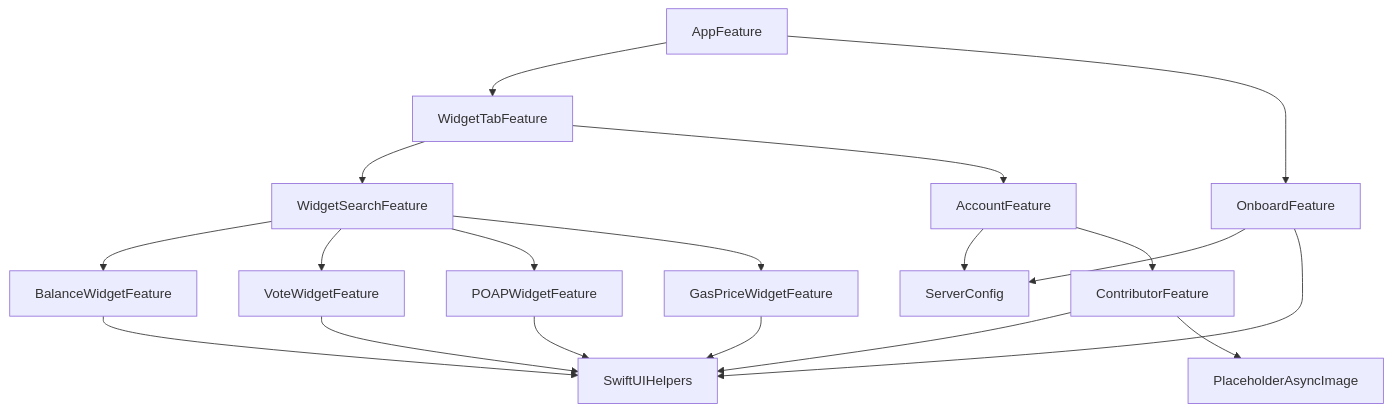
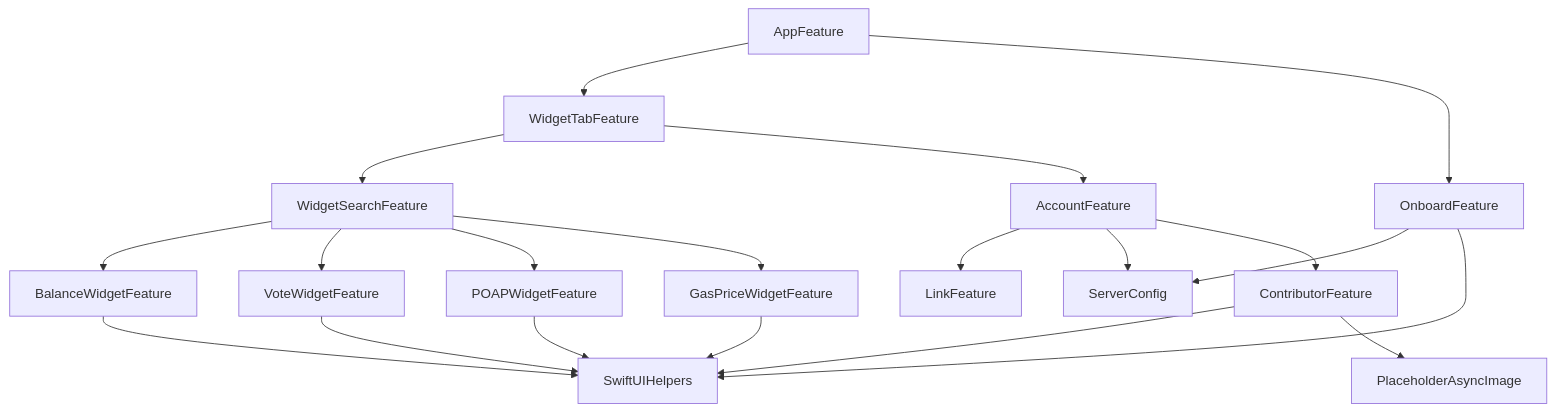
Before and after one commit to caaaption/caaaption: the diagram in Packages/FeaturePackage/README.md, drawn with Mermaid.

Commit message:
Run dgraph (#321)

````diff
--- a/Packages/FeaturePackage/README.md
+++ b/Packages/FeaturePackage/README.md
@@ -3,21 +3,22 @@
 ```mermaid
 graph TD;
     AppFeature-->WidgetTabFeature;
     AppFeature-->OnboardFeature;
     WidgetSearchFeature-->BalanceWidgetFeature;
     WidgetSearchFeature-->VoteWidgetFeature;
     WidgetSearchFeature-->POAPWidgetFeature;
     WidgetSearchFeature-->GasPriceWidgetFeature;
+    AccountFeature-->LinkFeature;
     AccountFeature-->ServerConfig;
     AccountFeature-->ContributorFeature;
     ContributorFeature-->SwiftUIHelpers;
     ContributorFeature-->PlaceholderAsyncImage;
     BalanceWidgetFeature-->SwiftUIHelpers;
     VoteWidgetFeature-->SwiftUIHelpers;
     OnboardFeature-->ServerConfig;
     OnboardFeature-->SwiftUIHelpers;
     POAPWidgetFeature-->SwiftUIHelpers;
     GasPriceWidgetFeature-->SwiftUIHelpers;
     WidgetTabFeature-->WidgetSearchFeature;
     WidgetTabFeature-->AccountFeature;
 ```
````
